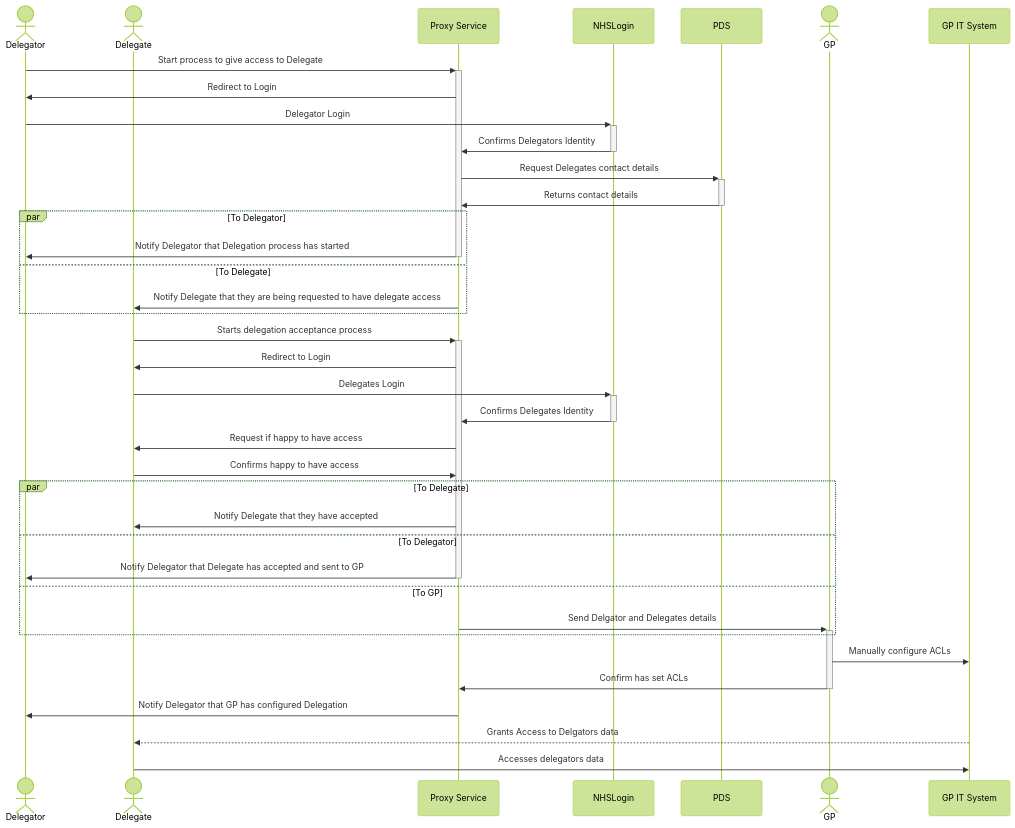
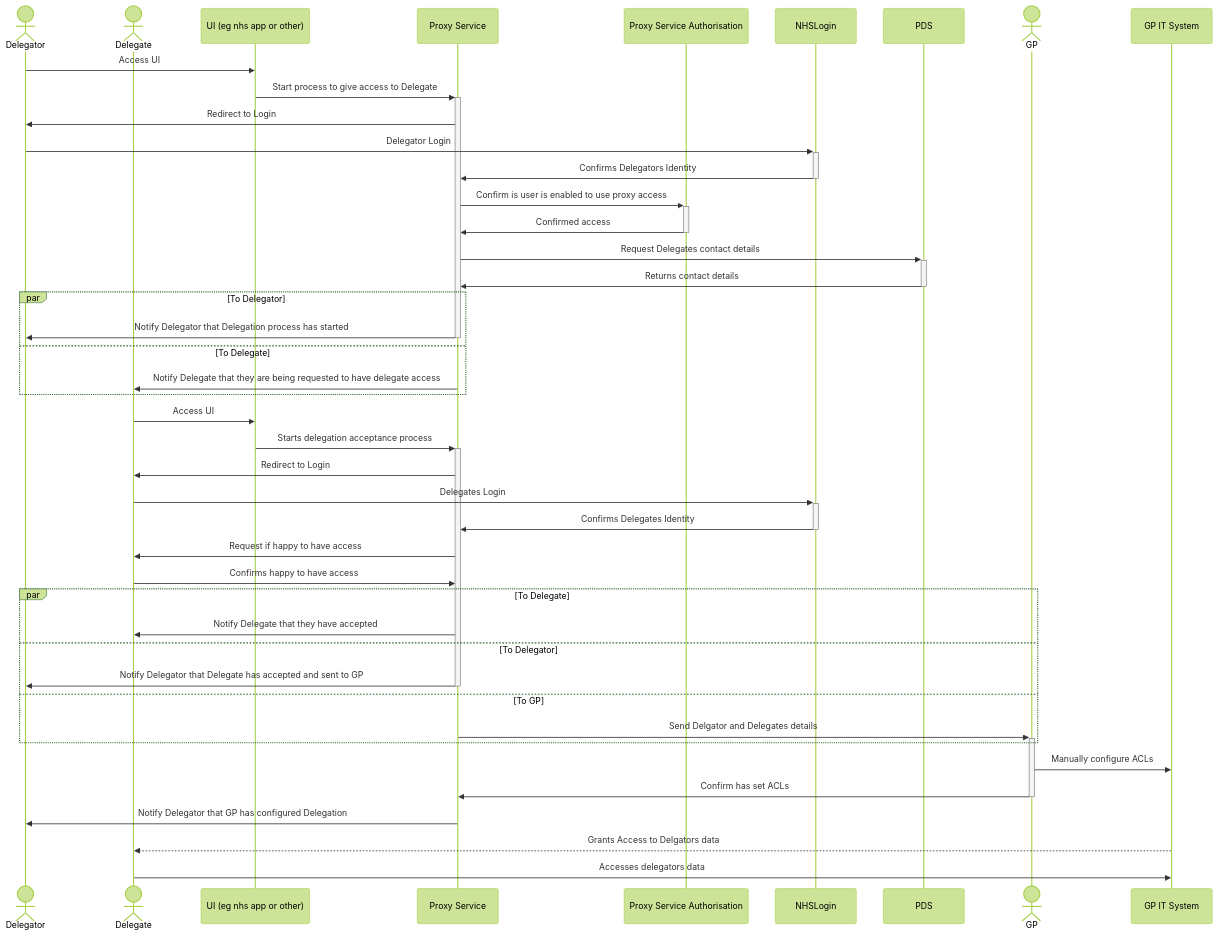
Before and after one commit to nhsexperience/nhs-experience: the diagram in docs/nhs-proxy/proxy-mvp/index.md, drawn with Mermaid (forest theme). The commit also changed other lines of this file, not shown here.

````diff
--- a/docs/nhs-proxy/proxy-mvp/index.md
+++ b/docs/nhs-proxy/proxy-mvp/index.md
@@ -14,41 +23,47 @@
 ```mermaid
 sequenceDiagram
     actor Delegator
     actor Delegate
+    participant UI as UI (eg nhs app or other)
     participant ProxyService as Proxy Service
+    participant ProxyServiceAuth as Proxy Service Authorisation
     participant NHSLogin
     participant PDS
     actor GP
     participant GPIT as GP IT System
 
-    Delegator->>+ProxyService: Start process to give access to Delegate
+    Delegator->>UI: Access UI
+    UI->>+ProxyService: Start process to give access to Delegate
     ProxyService->>Delegator: Redirect to Login
     Delegator->>+NHSLogin: Delegator Login
     NHSLogin->>-ProxyService: Confirms Delegators Identity
+    ProxyService->>+ProxyServiceAuth: Confirm is user is enabled to use proxy access
+    ProxyServiceAuth->>-ProxyService: Confirmed access
     ProxyService->>+PDS: Request Delegates contact details
     PDS->>-ProxyService: Returns contact details
     par To Delegator
         ProxyService->>-Delegator: Notify Delegator that Delegation process has started
     and To Delegate
         ProxyService->>Delegate: Notify Delegate that they are being requested to have delegate access
     end
-    Delegate->>+ProxyService: Starts delegation acceptance process
+    Delegate->>UI: Access UI
+    UI->>+ProxyService: Starts delegation acceptance process
     ProxyService->>Delegate: Redirect to Login
     Delegate->>+NHSLogin: Delegates Login
     NHSLogin->>-ProxyService: Confirms Delegates Identity 
     ProxyService->>Delegate: Request if happy to have access   
     Delegate->>ProxyService: Confirms happy to have access
     par To Delegate
         ProxyService->>Delegate: Notify Delegate that they have accepted
     and To Delegator
         ProxyService->>-Delegator: Notify Delegator that Delegate has accepted and sent to GP       
     and To GP
         ProxyService->>+GP: Send Delgator and Delegates details 
     end
     GP->>GPIT: Manually configure ACLs
     GP->>-ProxyService: Confirm has set ACLs
     ProxyService->>Delegator: Notify Delegator that GP has configured Delegation
     GPIT-->>Delegate: Grants Access to Delgators data
     Delegate->>GPIT: Accesses delegators data
 
 ```
````
